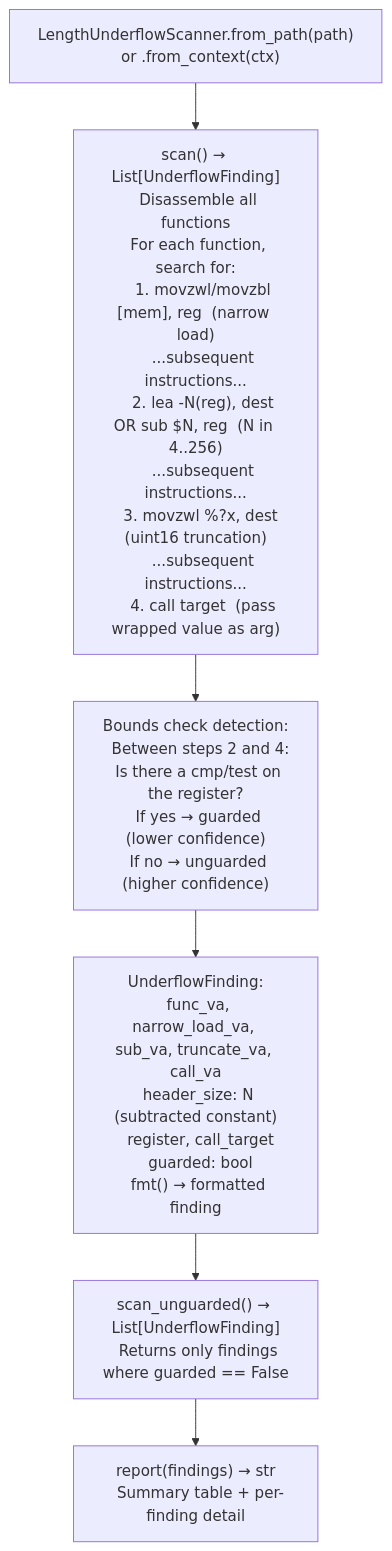
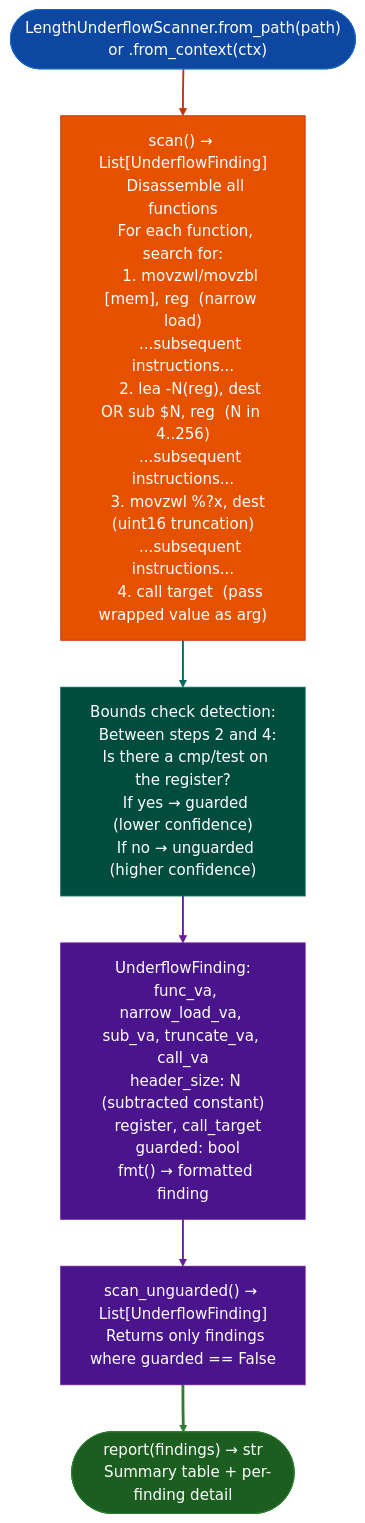
Before and after one commit to Ablation-Tool/ablation: the diagram in docs/reference-modules/protocol-length-underflow-detection.md, drawn with Mermaid. The commit also changed 320 other files, not shown here.

First line of the commit message:
docs: apply canonical Mermaid template to all 321 diagrams

````diff
--- a/docs/reference-modules/protocol-length-underflow-detection.md
+++ b/docs/reference-modules/protocol-length-underflow-detection.md
@@ -19,8 +19,19 @@
 ```mermaid
 flowchart TD
-    A["LengthUnderflowScanner.from_path(path)\n  or .from_context(ctx)"] --> B["scan() → List[UnderflowFinding]\n  Disassemble all functions\n  For each function, search for:\n    1. movzwl/movzbl [mem], reg  (narrow load)\n    ...subsequent instructions...\n    2. lea -N(reg), dest OR sub $N, reg  (N in 4..256)\n    ...subsequent instructions...\n    3. movzwl %?x, dest  (uint16 truncation)\n    ...subsequent instructions...\n    4. call target  (pass wrapped value as arg)"]
-    B --> C["Bounds check detection:\n  Between steps 2 and 4:\n  Is there a cmp/test on the register?\n  If yes → guarded (lower confidence)\n  If no → unguarded (higher confidence)"]
-    C --> D["UnderflowFinding:\n  func_va, narrow_load_va, sub_va, truncate_va, call_va\n  header_size: N (subtracted constant)\n  register, call_target\n  guarded: bool\n  fmt() → formatted finding"]
-    D --> E["scan_unguarded() → List[UnderflowFinding]\n  Returns only findings where guarded == False"]
-    E --> F["report(findings) → str\n  Summary table + per-finding detail"]
+    A(["LengthUnderflowScanner.from_path(path)\n  or .from_context(ctx)"]):::input --> B["scan() → List[UnderflowFinding]\n  Disassemble all functions\n  For each function, search for:\n    1. movzwl/movzbl [mem], reg  (narrow load)\n    ...subsequent instructions...\n    2. lea -N(reg), dest OR sub $N, reg  (N in 4..256)\n    ...subsequent instructions...\n    3. movzwl %?x, dest  (uint16 truncation)\n    ...subsequent instructions...\n    4. call target  (pass wrapped value as arg)"]:::primary
+    B:::primary --> C["Bounds check detection:\n  Between steps 2 and 4:\n  Is there a cmp/test on the register?\n  If yes → guarded (lower confidence)\n  If no → unguarded (higher confidence)"]:::secondary
+    C:::secondary --> D["UnderflowFinding:\n  func_va, narrow_load_va, sub_va, truncate_va, call_va\n  header_size: N (subtracted constant)\n  register, call_target\n  guarded: bool\n  fmt() → formatted finding"]:::tertiary
+    D:::tertiary --> E["scan_unguarded() → List[UnderflowFinding]\n  Returns only findings where guarded == False"]:::tertiary
+    E:::tertiary --> F(["report(findings) → str\n  Summary table + per-finding detail"]):::output
+    classDef input     fill:#0d47a1,stroke:#1565c0,color:#fff
+    classDef primary   fill:#e65100,stroke:#bf360c,color:#fff
+    classDef secondary fill:#004d40,stroke:#00695c,color:#fff
+    classDef tertiary  fill:#4a148c,stroke:#6a1b9a,color:#fff
+    classDef neutral   fill:#37474f,stroke:#546e7a,color:#fff
+    classDef output    fill:#1b5e20,stroke:#2e7d32,color:#fff
+    linkStyle 0 stroke:#bf360c,stroke-width:2px
+    linkStyle 1 stroke:#00695c,stroke-width:2px
+    linkStyle 2 stroke:#6a1b9a,stroke-width:2px
+    linkStyle 3 stroke:#6a1b9a,stroke-width:2px
+    linkStyle 4 stroke:#2e7d32,stroke-width:3px
 ```
````
